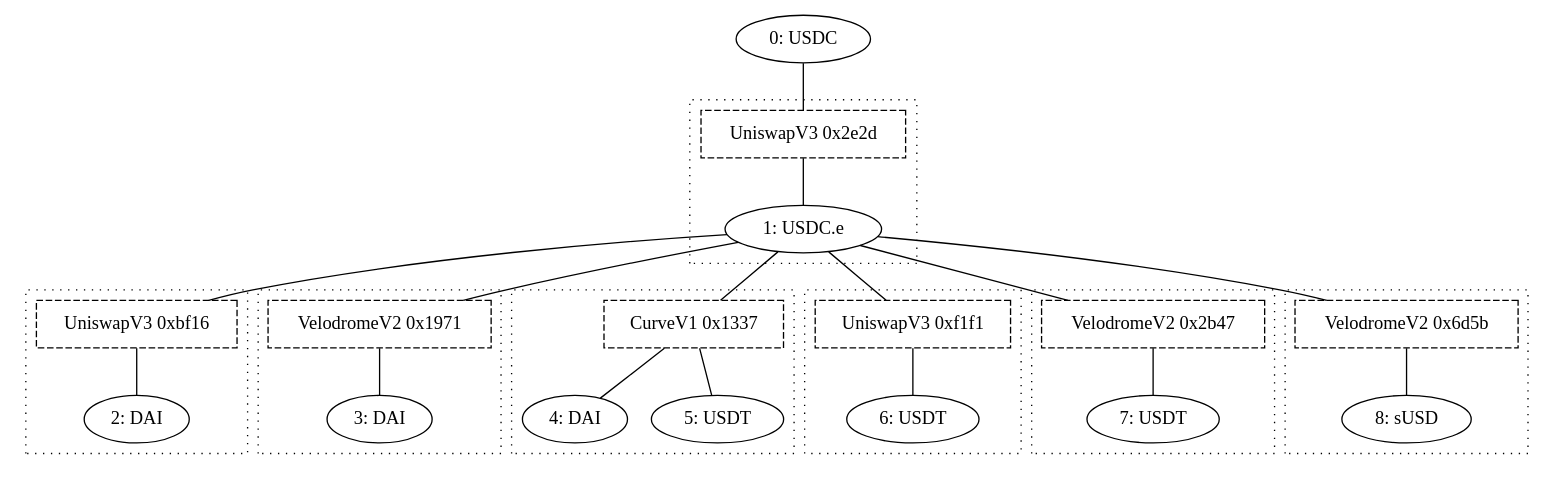
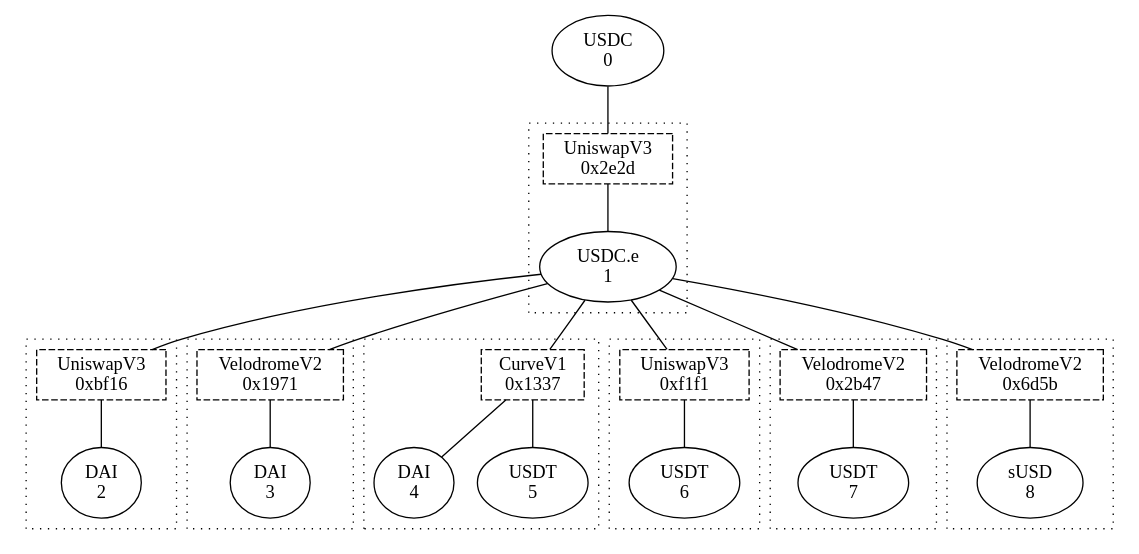
Before and after one commit to synapsecns/synapse-contracts: the diagram in script/configs/optimism/LinkedPool.CCTP.USDC.dot, drawn with Graphviz. The commit also changed 3 other files, not shown here.

```diff
--- a/script/configs/optimism/LinkedPool.CCTP.USDC.dot
+++ b/script/configs/optimism/LinkedPool.CCTP.USDC.dot
@@ -1,89 +1,89 @@
 graph G {
-    token0 [label = "0: USDC";];
-    token1 [label = "1: USDC.e";];
-    token2 [label = "2: DAI";];
-    token3 [label = "3: DAI";];
-    token4 [label = "4: DAI";];
-    token5 [label = "5: USDT";];
-    token6 [label = "6: USDT";];
-    token7 [label = "7: USDT";];
-    token8 [label = "8: sUSD";];
-    pool0 [label = "UniswapV3 0x2e2d";shape = rect;style = dashed;];
+    token0 [label = "USDC\n0";];
+    token1 [label = "USDC.e\n1";];
+    token2 [label = "DAI\n2";];
+    token3 [label = "DAI\n3";];
+    token4 [label = "DAI\n4";];
+    token5 [label = "USDT\n5";];
+    token6 [label = "USDT\n6";];
+    token7 [label = "USDT\n7";];
+    token8 [label = "sUSD\n8";];
+    pool0 [label = "UniswapV3\n0x2e2d";shape = rect;style = dashed;];
     token0 -- pool0;
     subgraph cluster0 {
         style = dotted;
         pool0 -- token1;
         subgraph {
             rank = same;
             edge [style = invis;];
             token1;
         }
     }
-    pool1 [label = "UniswapV3 0xbf16";shape = rect;style = dashed;];
+    pool1 [label = "UniswapV3\n0xbf16";shape = rect;style = dashed;];
     token1 -- pool1;
     subgraph cluster1 {
         style = dotted;
         pool1 -- token2;
         subgraph {
             rank = same;
             edge [style = invis;];
             token2;
         }
     }
-    pool2 [label = "VelodromeV2 0x1971";shape = rect;style = dashed;];
+    pool2 [label = "VelodromeV2\n0x1971";shape = rect;style = dashed;];
     token1 -- pool2;
     subgraph cluster2 {
         style = dotted;
         pool2 -- token3;
         subgraph {
             rank = same;
             edge [style = invis;];
             token3;
         }
     }
-    pool3 [label = "CurveV1 0x1337";shape = rect;style = dashed;];
+    pool3 [label = "CurveV1\n0x1337";shape = rect;style = dashed;];
     token1 -- pool3;
     subgraph cluster3 {
         style = dotted;
         pool3 -- token4;
         pool3 -- token5;
         subgraph {
             rank = same;
             edge [style = invis;];
             token4 -- token5;
         }
     }
-    pool4 [label = "UniswapV3 0xf1f1";shape = rect;style = dashed;];
+    pool4 [label = "UniswapV3\n0xf1f1";shape = rect;style = dashed;];
     token1 -- pool4;
     subgraph cluster4 {
         style = dotted;
         pool4 -- token6;
         subgraph {
             rank = same;
             edge [style = invis;];
             token6;
         }
     }
-    pool5 [label = "VelodromeV2 0x2b47";shape = rect;style = dashed;];
+    pool5 [label = "VelodromeV2\n0x2b47";shape = rect;style = dashed;];
     token1 -- pool5;
     subgraph cluster5 {
         style = dotted;
         pool5 -- token7;
         subgraph {
             rank = same;
             edge [style = invis;];
             token7;
         }
     }
-    pool6 [label = "VelodromeV2 0x6d5b";shape = rect;style = dashed;];
+    pool6 [label = "VelodromeV2\n0x6d5b";shape = rect;style = dashed;];
     token1 -- pool6;
     subgraph cluster6 {
         style = dotted;
         pool6 -- token8;
         subgraph {
             rank = same;
             edge [style = invis;];
             token8;
         }
     }
 }
```
